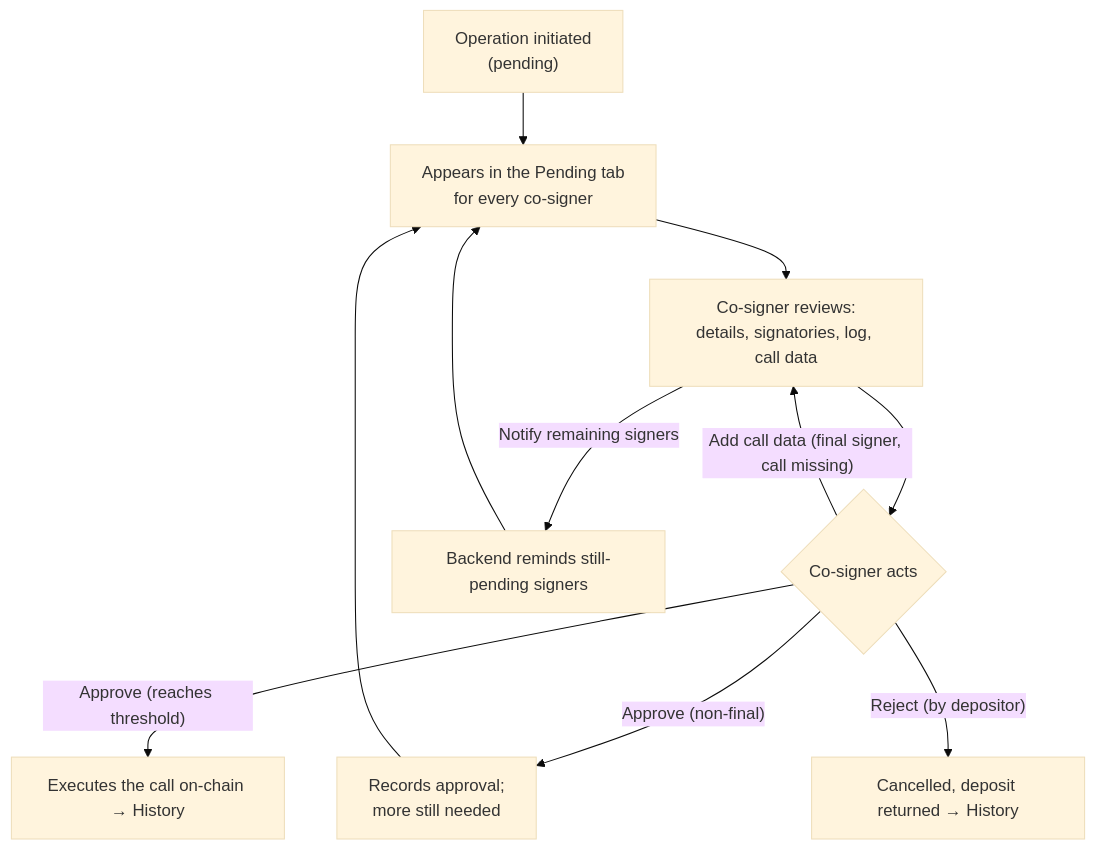
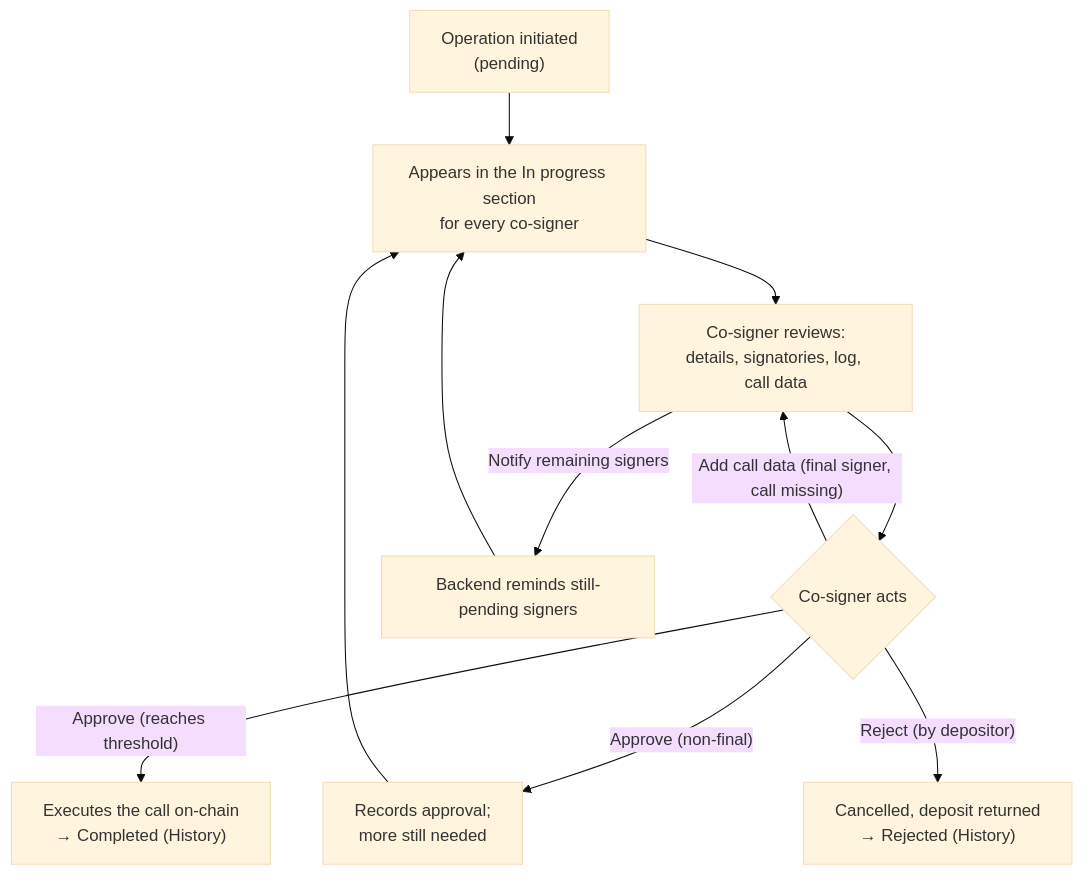
Before and after one commit to novasamatech/nova-spektr: the second of 2 diagrams in src/renderer/features/multisig-operations/README.md, drawn with Mermaid (base theme). The commit also changed other lines of this file and 67 other files, not shown here.

````diff
--- a/src/renderer/features/multisig-operations/README.md
+++ b/src/renderer/features/multisig-operations/README.md
@@ -303,13 +398,13 @@
 ```mermaid
 flowchart TD
-    NEW["Operation initiated<br/>(pending)"] --> LIST["Appears in the Pending tab<br/>for every co-signer"]
+    NEW["Operation initiated<br/>(pending)"] --> LIST["Appears in the In progress section<br/>for every co-signer"]
     LIST --> REVIEW["Co-signer reviews:<br/>details, signatories, log, call data"]
     REVIEW --> ACT{"Co-signer acts"}
     ACT -- "Approve (non-final)" --> WAIT["Records approval;<br/>more still needed"]
     WAIT --> LIST
     ACT -- "Add call data (final signer, call missing)" --> REVIEW
-    ACT -- "Approve (reaches threshold)" --> EXEC["Executes the call on-chain → History"]
-    ACT -- "Reject (by depositor)" --> CANCEL["Cancelled, deposit returned → History"]
+    ACT -- "Approve (reaches threshold)" --> EXEC["Executes the call on-chain<br/>→ Completed (History)"]
+    ACT -- "Reject (by depositor)" --> CANCEL["Cancelled, deposit returned<br/>→ Rejected (History)"]
     REVIEW -- "Notify remaining signers" --> NUDGE["Backend reminds still-pending signers"]
     NUDGE --> LIST
 ```
````
